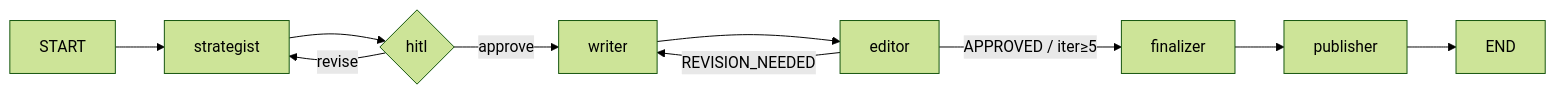
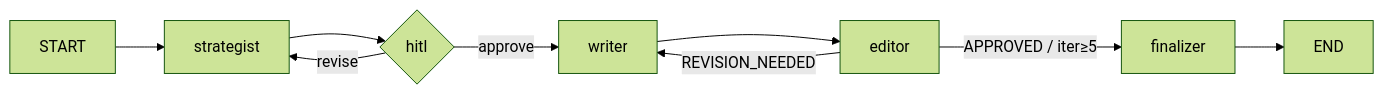
Before and after one commit to denl95/content-creator-agent: the second of 3 diagrams in ARCHITECTURE.md, drawn with Mermaid (forest theme). The commit also changed other lines of this file and 12 other files, not shown here.

````diff
--- a/ARCHITECTURE.md
+++ b/ARCHITECTURE.md
@@ -72,8 +72,8 @@
 ```mermaid
 flowchart LR
   START --> strategist --> hitl{hitl}
   hitl -- revise --> strategist
   hitl -- approve --> writer --> editor
   editor -- REVISION_NEEDED --> writer
-  editor -- APPROVED / iter≥5 --> finalizer --> publisher --> END
+  editor -- APPROVED / iter≥5 --> finalizer --> END
 ```
````
